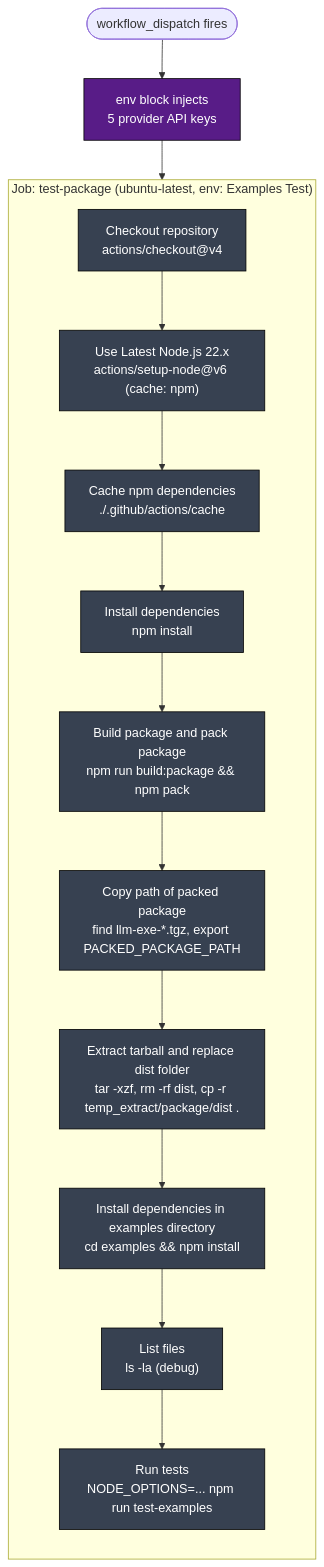
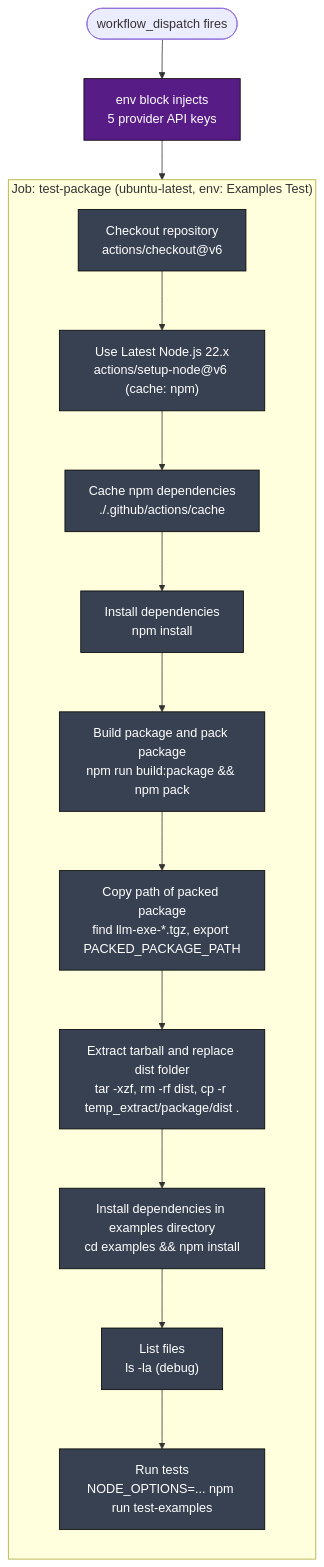
Before and after one commit to llm-exe/llm-exe: the third of 11 diagrams in .github/docs/TEST_PACKAGE_DEEP_DIVE.md, drawn with Mermaid. The commit also changed other lines of this file and 19 other files, not shown here.

````diff
--- a/.github/docs/TEST_PACKAGE_DEEP_DIVE.md
+++ b/.github/docs/TEST_PACKAGE_DEEP_DIVE.md
@@ -146,28 +146,28 @@
 ```mermaid
 flowchart TB
     classDef job fill:#1e3a8a,color:#fff,stroke:#000
     classDef step fill:#374151,color:#fff,stroke:#000
     classDef env fill:#581c87,color:#fff,stroke:#000
 
     start([workflow_dispatch fires])
     start --> envBlock
 
     envBlock["env block injects\n5 provider API keys"]:::env
 
     subgraph J["Job: test-package (ubuntu-latest, env: Examples Test)"]
         direction TB
-        s1["Checkout repository\nactions/checkout@v4"]:::step
+        s1["Checkout repository\nactions/checkout@v6"]:::step
         s2["Use Latest Node.js 22.x\nactions/setup-node@v6 (cache: npm)"]:::step
         s3["Cache npm dependencies\n./.github/actions/cache"]:::step
         s4["Install dependencies\nnpm install"]:::step
         s5["Build package and pack package\nnpm run build:package &amp;&amp; npm pack"]:::step
         s6["Copy path of packed package\nfind llm-exe-*.tgz, export PACKED_PACKAGE_PATH"]:::step
         s7["Extract tarball and replace dist folder\ntar -xzf, rm -rf dist, cp -r temp_extract/package/dist ."]:::step
         s8["Install dependencies in examples directory\ncd examples &amp;&amp; npm install"]:::step
         s9["List files\nls -la (debug)"]:::step
         s10["Run tests\nNODE_OPTIONS=... npm run test-examples"]:::step
         s1 --> s2 --> s3 --> s4 --> s5 --> s6 --> s7 --> s8 --> s9 --> s10
     end
 
     envBlock --> s1
 ```
````
